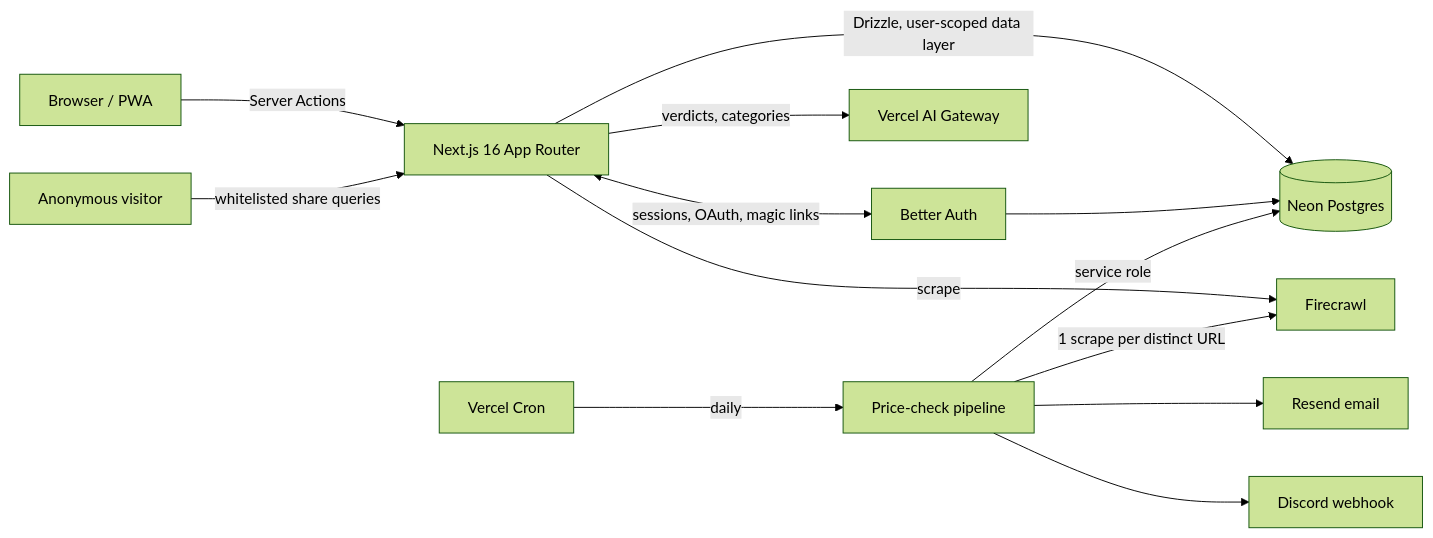
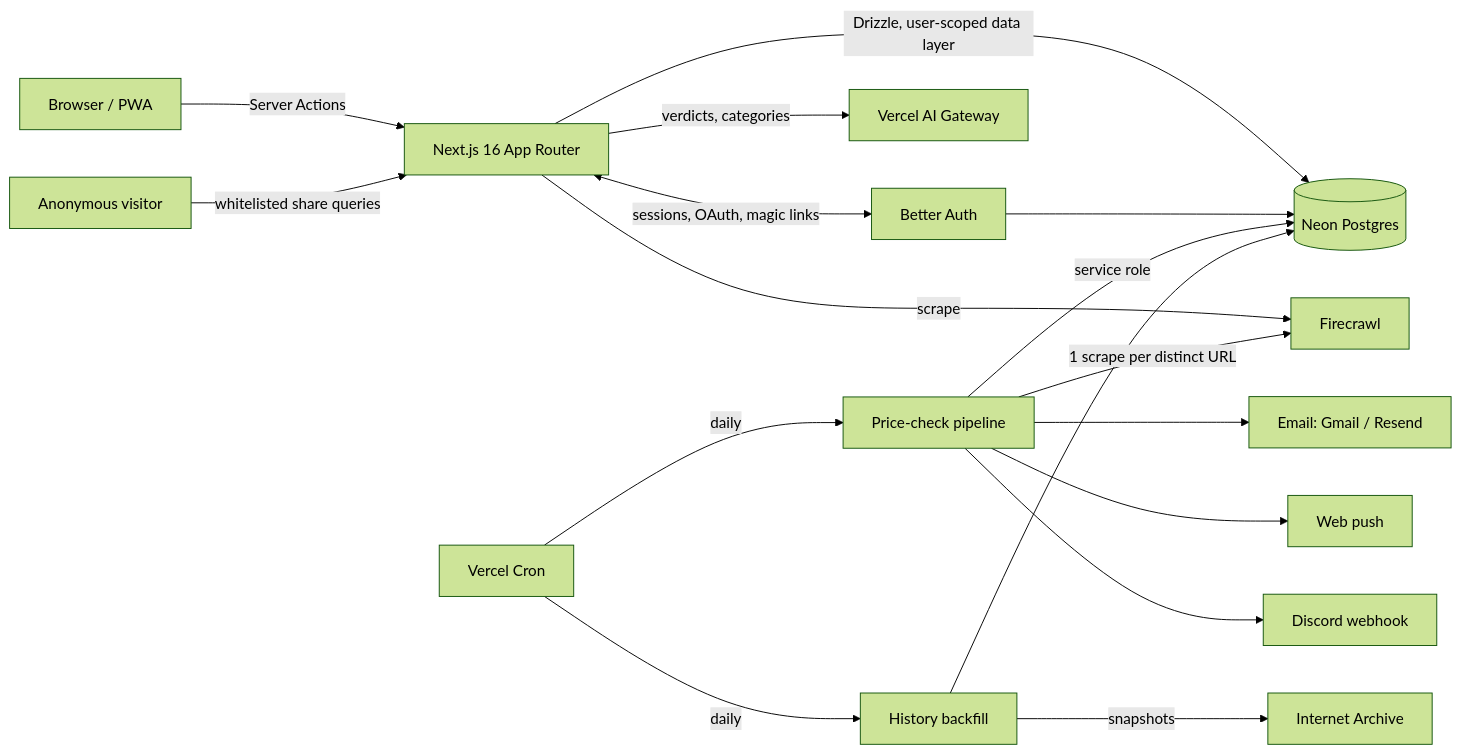
Before and after one commit to slokesh2905/tracklet: the diagram in README.md, drawn with Mermaid (forest theme). The commit also changed other lines of this file, not shown here.

````diff
--- a/README.md
+++ b/README.md
@@ -48,15 +50,19 @@
 ```mermaid
 flowchart LR
   U[Browser / PWA] -->|Server Actions| N[Next.js 16 App Router]
   N -->|Drizzle, user-scoped data layer| DB[(Neon Postgres)]
   N <-->|sessions, OAuth, magic links| BA[Better Auth]
   BA --> DB
   N -->|scrape| FC[Firecrawl]
   N -->|verdicts, categories| AI[Vercel AI Gateway]
   C[Vercel Cron] -->|daily| P[Price-check pipeline]
   P -->|service role| DB
   P -->|1 scrape per distinct URL| FC
-  P --> E[Resend email]
+  P --> E[Email: Gmail / Resend]
+  P --> WP[Web push]
   P --> D[Discord webhook]
+  C -->|daily| B[History backfill]
+  B -->|snapshots| IA[Internet Archive]
+  B --> DB
   A[Anonymous visitor] -->|whitelisted share queries| N
 ```
````
